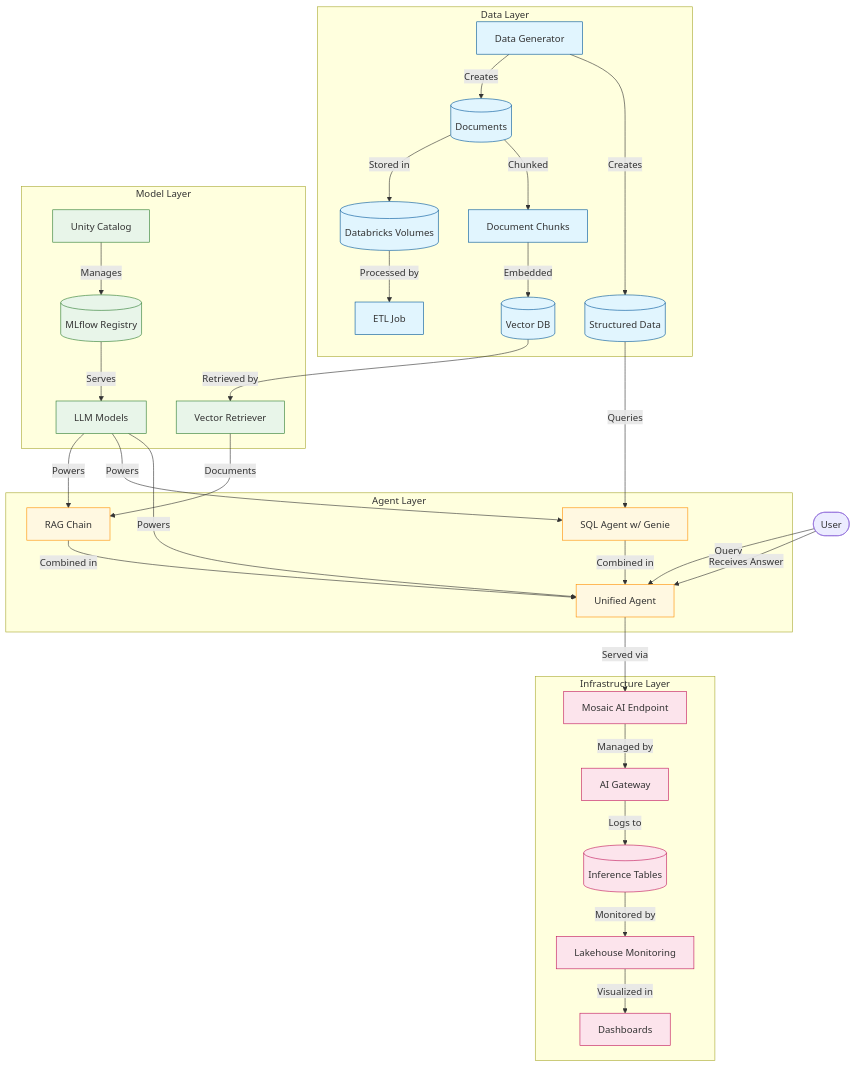
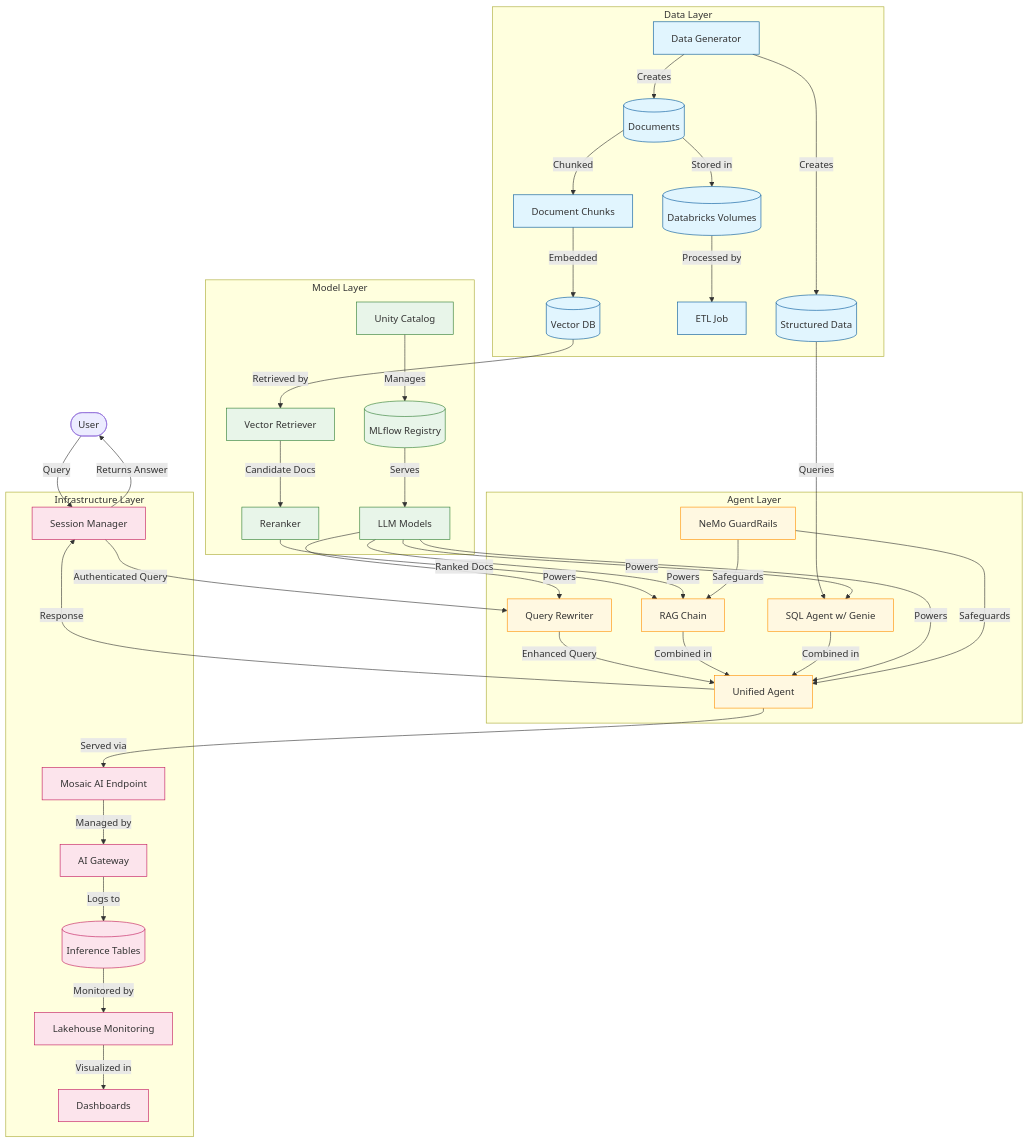
The diagram in README.md (subrata-samanta/Databrick-RAG), drawn with Mermaid before and after one commit. The commit also changed other lines of this file and 5 other files, not shown here.

Commit message:
rag chain optimization + nemo guardrails

````diff
--- a/README.md
+++ b/README.md
@@ -20,49 +23,56 @@
 ```mermaid
 graph TD
-    User([User]) --> |Query| Agent
-
+    User([User]) --> |Query| SessionManager[Session Manager]
+    SessionManager --> |Authenticated Query| QueryRewriter[Query Rewriter]
+    QueryRewriter --> |Enhanced Query| Agent
+    
     subgraph "Data Layer"
         DataGen[Data Generator] --> |Creates| Documents[(Documents)]
         DataGen --> |Creates| StructData[(Structured Data)]
         Documents --> |Stored in| Volumes[(Databricks Volumes)]
         Volumes --> |Processed by| ETL[ETL Job]
         Documents --> |Chunked| Chunks[Document Chunks]
         Chunks --> |Embedded| VectorDB[(Vector DB)]
     end
 
     subgraph "Model Layer"
         VectorDB --> |Retrieved by| Retriever[Vector Retriever]
+        Retriever --> |Candidate Docs| Reranker[Reranker]
         MLflow[(MLflow Registry)] --> |Serves| LLM[LLM Models]
         UnityC[Unity Catalog] --> |Manages| MLflow
     end
 
     subgraph "Agent Layer"
-        Retriever --> |Documents| RAGChain[RAG Chain]
+        Reranker --> |Ranked Docs| RAGChain[RAG Chain]
         StructData --> |Queries| SQLAgent[SQL Agent w/ Genie]
         RAGChain --> |Combined in| Agent[Unified Agent]
         SQLAgent --> |Combined in| Agent
         LLM --> |Powers| RAGChain
         LLM --> |Powers| SQLAgent
         LLM --> |Powers| Agent
+        LLM --> |Powers| QueryRewriter
+        GuardRails[NeMo GuardRails] --> |Safeguards| Agent
+        GuardRails --> |Safeguards| RAGChain
     end
 
     subgraph "Infrastructure Layer"
+        Agent --> |Response| SessionManager
         Agent --> |Served via| Endpoint[Mosaic AI Endpoint]
         Endpoint --> |Managed by| Gateway[AI Gateway]
         Gateway --> |Logs to| InferenceTable[(Inference Tables)]
         InferenceTable --> |Monitored by| Monitoring[Lakehouse Monitoring]
         Monitoring --> |Visualized in| Dashboard[Dashboards]
     end
 
-    User --> |Receives Answer| Agent
+    SessionManager --> |Returns Answer| User
 
     class DataGen,ETL,Volumes,Documents,StructData,Chunks,VectorDB data
-    class MLflow,LLM,UnityC,Retriever model
-    class RAGChain,SQLAgent,Agent agent
-    class Endpoint,Gateway,InferenceTable,Monitoring,Dashboard infra
+    class MLflow,LLM,UnityC,Retriever,Reranker model
+    class RAGChain,SQLAgent,Agent,GuardRails,QueryRewriter agent
+    class Endpoint,Gateway,InferenceTable,Monitoring,Dashboard,SessionManager infra
     
     classDef data fill:#e1f5fe,stroke:#01579b
     classDef model fill:#e8f5e9,stroke:#2e7d32
     classDef agent fill:#fff8e1,stroke:#ff8f00
     classDef infra fill:#fce4ec,stroke:#c2185b
 ```
````
